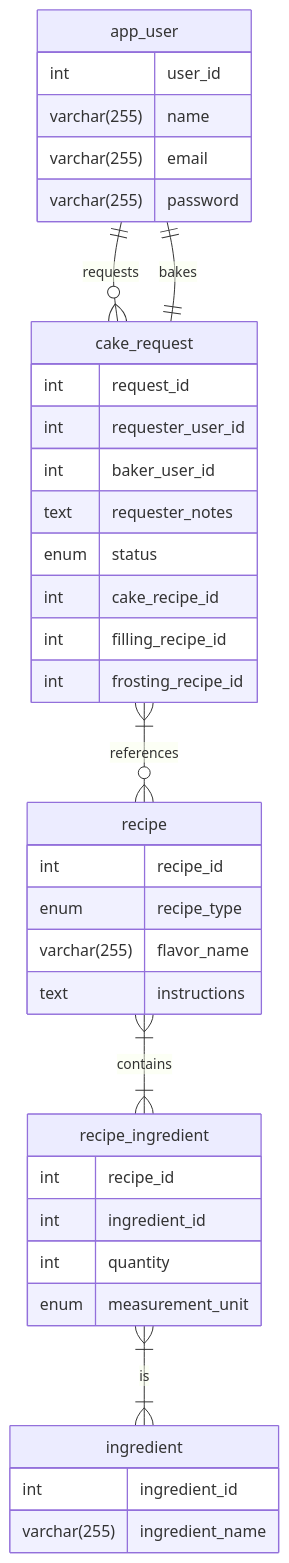
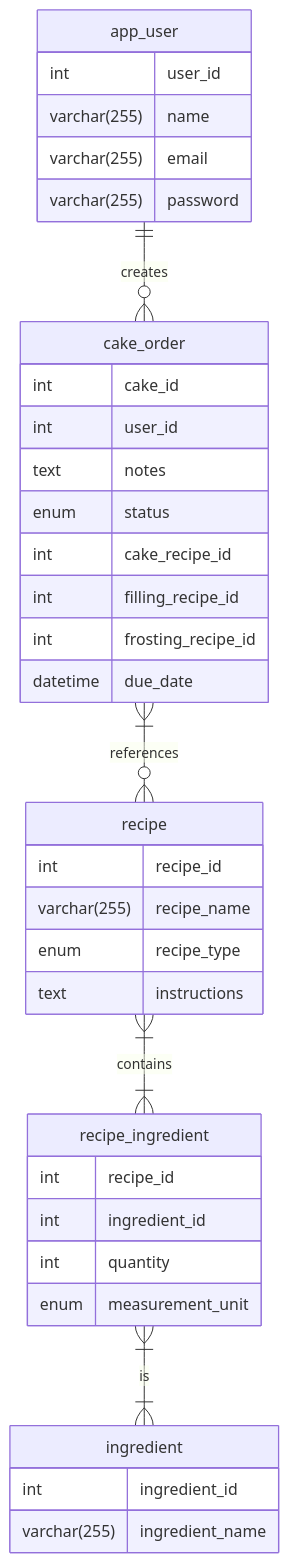
Before and after one commit to shoshannaTM/CakeQuest.springboot: the second of 2 diagrams in README.md, drawn with Mermaid. The commit also changed other lines of this file, not shown here.

````diff
--- a/README.md
+++ b/README.md
@@ -42,42 +49,41 @@
 ```mermaid
 erDiagram
     app_user {
         int user_id
         varchar(255) name
         varchar(255) email
         varchar(255) password
     }
-    cake_request {
-        int request_id
-        int requester_user_id
-        int baker_user_id
-        text requester_notes
+    cake_order {
+        int cake_id
+        int user_id
+        text notes
         enum status
         int cake_recipe_id
         int filling_recipe_id
         int frosting_recipe_id
+        datetime due_date
     }
     recipe {
         int recipe_id
+        varchar(255) recipe_name
         enum recipe_type
-        varchar(255) flavor_name
         text instructions
     }
     recipe_ingredient {
         int recipe_id
         int ingredient_id
         int quantity
         enum measurement_unit
     }
     ingredient {
         int ingredient_id
         varchar(255) ingredient_name
     }
  
 
-    app_user ||--o{ cake_request : requests
-    cake_request ||--|| app_user : bakes
-    cake_request }|--o{ recipe : references
+    app_user ||--o{ cake_order : creates
+    cake_order }|--o{ recipe : references
     recipe }|--|{ recipe_ingredient : contains
     recipe_ingredient }|--|{ ingredient : is
 ```
````
